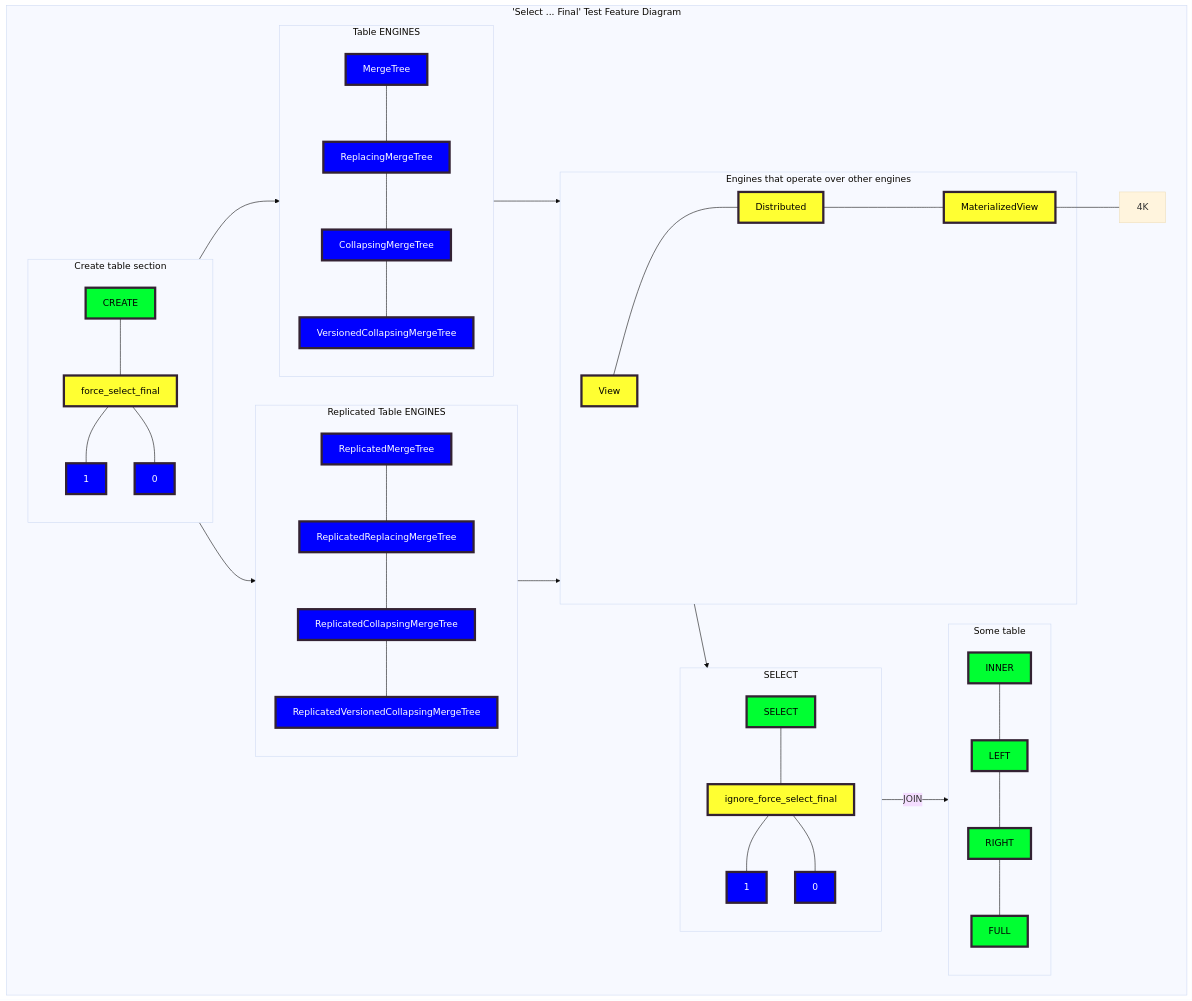
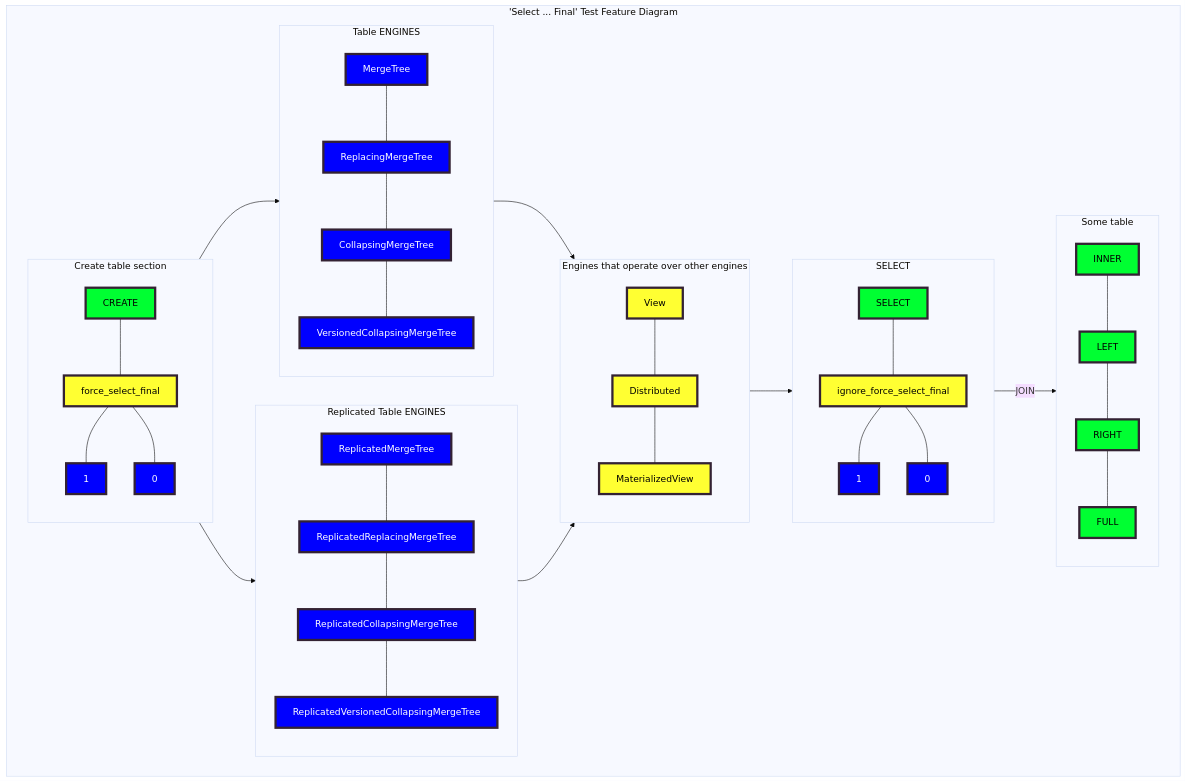
One commit to Altinity/clickhouse-regression changed the diagram in selects/requirements/automatic_final_modifier.md. Above: the diagram before and after it, drawn with Mermaid (base theme).

````diff
--- a/selects/requirements/automatic_final_modifier.md
+++ b/selects/requirements/automatic_final_modifier.md
@@ -73,68 +73,68 @@
 ```mermaid
 flowchart TB;
 
   classDef yellow fill:#ffff32,stroke:#323,stroke-width:4px,color:black;
   classDef yellow2 fill:#ffff32,stroke:#323,stroke-width:4px,color:red;
   classDef green fill:#00ff32,stroke:#323,stroke-width:4px,color:black;
   classDef red fill:red,stroke:#323,stroke-width:4px,color:black;
   classDef blue fill:blue,stroke:#323,stroke-width:4px,color:white;
   
   subgraph O["'Select ... Final' Test Feature Diagram"]
   A-->C-->K-->D--"JOIN"-->F
   A-->E-->K
 
   1A---2A---3A
   2A---4A
   1D---2D---3D
   2D---4D
   1C---2C---3C---4C
   1E---2E---3E---4E
-  1K---2K---3K---4K
+  1K---2K---3K
   1F---2F---3F---4F
   
     subgraph A["Create table section"]
 
         1A["CREATE"]:::green
         2A["force_select_final"]:::yellow
         3A["1"]:::blue
         4A["0"]:::blue
     end
     
     subgraph D["SELECT"]
         1D["SELECT"]:::green
         2D["ignore_force_select_final"]:::yellow
         3D["1"]:::blue
         4D["0"]:::blue
     end
     
     subgraph C["Table ENGINES"]
         1C["MergeTree"]:::blue
         2C["ReplacingMergeTree"]:::blue
         3C["CollapsingMergeTree"]:::blue
         4C["VersionedCollapsingMergeTree"]:::blue
     end
     
     subgraph E["Replicated Table ENGINES"]
         1E["ReplicatedMergeTree"]:::blue
         2E["ReplicatedReplacingMergeTree"]:::blue
         3E["ReplicatedCollapsingMergeTree"]:::blue
         4E["ReplicatedVersionedCollapsingMergeTree"]:::blue
     end
       
     subgraph F["Some table"]
         1F["INNER"]:::green
         2F["LEFT"]:::green
         3F["RIGHT"]:::green
         4F["FULL"]:::green
     end
     
     subgraph K["Engines that operate over other engines"]
         1K["View"]:::yellow
         2K["Distributed"]:::yellow
         3K["MaterializedView"]:::yellow
     end
 
     
 
   end
 ```
````
